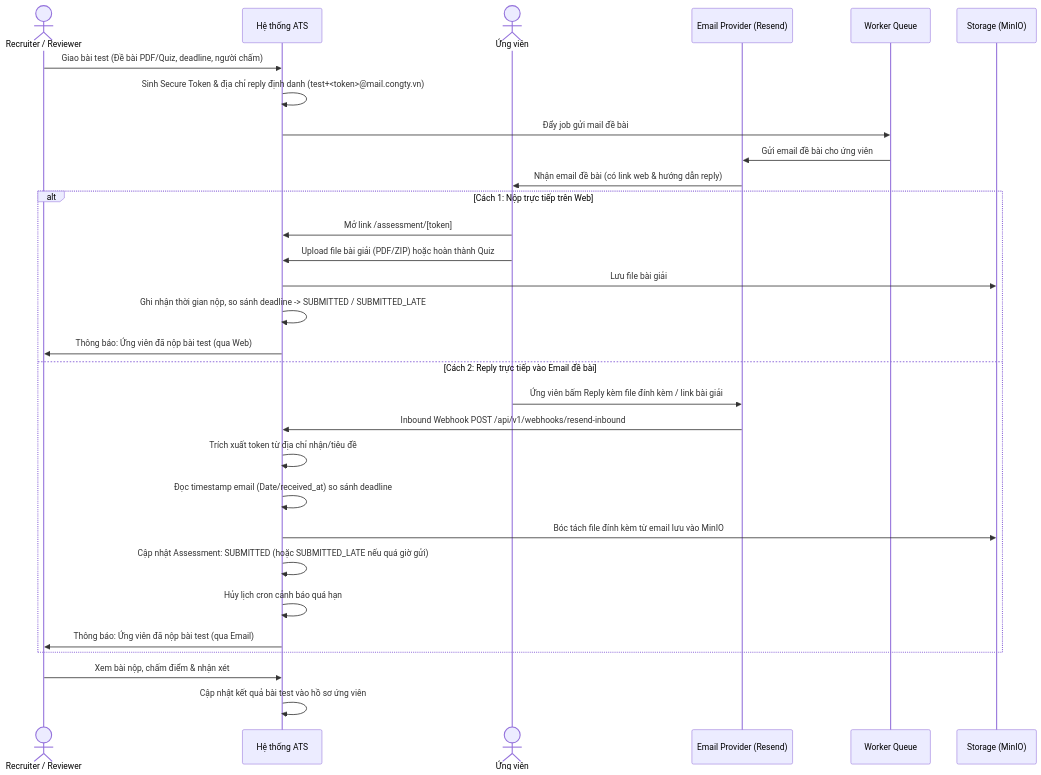
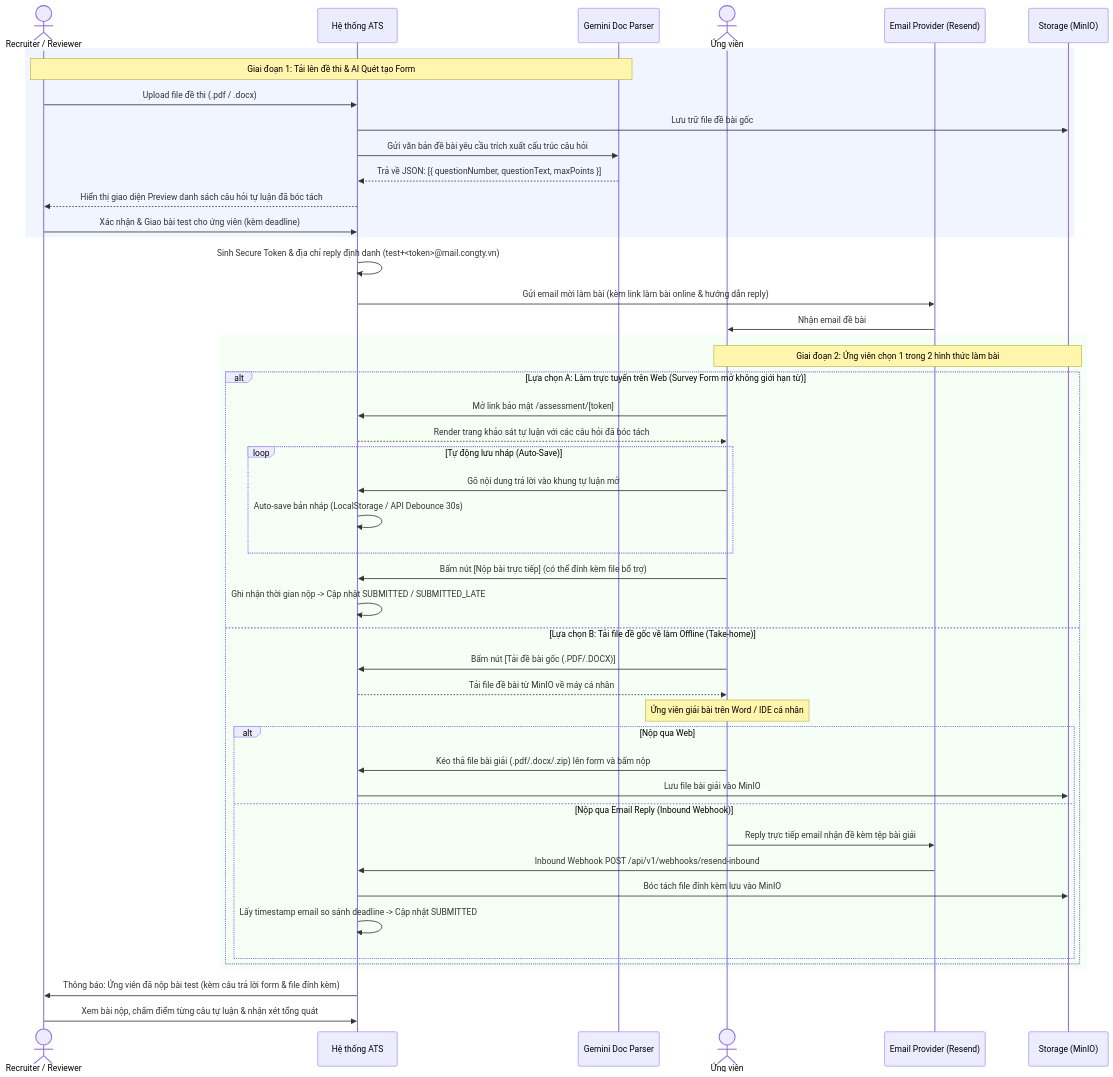
The fourth of 8 diagrams in docs/02-workflows.md (ThanhThien-1310/Recruitment-portal), drawn with Mermaid before and after one commit. The commit also changed other lines of this file and 5 other files, not shown here.

Commit message:
feat(assessments): add AI Doc-to-Form parser for PDF/Word and survey-style open-ended exam sheet

````diff
--- a/docs/02-workflows.md
+++ b/docs/02-workflows.md
@@ -109,35 +118,53 @@
 ```mermaid
 sequenceDiagram
     actor R as Recruiter / Reviewer
     participant S as Hệ thống ATS
+    participant AI as Gemini Doc Parser
     actor C as Ứng viên
     participant M as Email Provider (Resend)
-    participant Q as Worker Queue
     participant ST as Storage (MinIO)
 
-    R->>S: Giao bài test (Đề bài PDF/Quiz, deadline, người chấm)
-    S->>S: Sinh Secure Token & địa chỉ reply định danh (test+<token>@mail.congty.vn)
-    S->>Q: Đẩy job gửi mail đề bài
-    Q->>M: Gửi email đề bài cho ứng viên
-    M->>C: Nhận email đề bài (có link web & hướng dẫn reply)
-
-    alt Cách 1: Nộp trực tiếp trên Web
-        C->>S: Mở link /assessment/[token]
-        C->>S: Upload file bài giải (PDF/ZIP) hoặc hoàn thành Quiz
-        S->>ST: Lưu file bài giải
-        S->>S: Ghi nhận thời gian nộp, so sánh deadline -> SUBMITTED / SUBMITTED_LATE
-        S->>R: Thông báo: Ứng viên đã nộp bài test (qua Web)
-    else Cách 2: Reply trực tiếp vào Email đề bài
-        C->>M: Ứng viên bấm Reply kèm file đính kèm / link bài giải
-        M->>S: Inbound Webhook POST /api/v1/webhooks/resend-inbound
-        S->>S: Trích xuất token từ địa chỉ nhận/tiêu đề
-        S->>S: Đọc timestamp email (Date/received_at) so sánh deadline
-        S->>ST: Bóc tách file đính kèm từ email lưu vào MinIO
-        S->>S: Cập nhật Assessment: SUBMITTED (hoặc SUBMITTED_LATE nếu quá giờ gửi)
-        S->>S: Hủy lịch cron cảnh báo quá hạn
-        S->>R: Thông báo: Ứng viên đã nộp bài test (qua Email)
+    rect rgb(240, 245, 255)
+    Note over R,AI: Giai đoạn 1: Tải lên đề thi & AI Quét tạo Form
+    R->>S: Upload file đề thi (.pdf / .docx)
+    S->>ST: Lưu trữ file đề bài gốc
+    S->>AI: Gửi văn bản đề bài yêu cầu trích xuất cấu trúc câu hỏi
+    AI-->>S: Trả về JSON: [{ questionNumber, questionText, maxPoints }]
+    S-->>R: Hiển thị giao diện Preview danh sách câu hỏi tự luận đã bóc tách
+    R->>S: Xác nhận & Giao bài test cho ứng viên (kèm deadline)
     end
 
-    R->>S: Xem bài nộp, chấm điểm & nhận xét
-    S->>S: Cập nhật kết quả bài test vào hồ sơ ứng viên
+    S->>S: Sinh Secure Token & địa chỉ reply định danh (test+<token>@mail.congty.vn)
+    S->>M: Gửi email mời làm bài (kèm link làm bài online & hướng dẫn reply)
+    M->>C: Nhận email đề bài
+
+    rect rgb(245, 255, 245)
+    Note over C,ST: Giai đoạn 2: Ứng viên chọn 1 trong 2 hình thức làm bài
+    alt Lựa chọn A: Làm trực tuyến trên Web (Survey Form mở không giới hạn từ)
+        C->>S: Mở link bảo mật /assessment/[token]
+        S-->>C: Render trang khảo sát tự luận với các câu hỏi đã bóc tách
+        loop Tự động lưu nháp (Auto-Save)
+            C->>S: Gõ nội dung trả lời vào khung tự luận mở
+            S->>S: Auto-save bản nháp (LocalStorage / API Debounce 30s)
+        end
+        C->>S: Bấm nút [Nộp bài trực tiếp] (có thể đính kèm file bổ trợ)
+        S->>S: Ghi nhận thời gian nộp -> Cập nhật SUBMITTED / SUBMITTED_LATE
+    else Lựa chọn B: Tải file đề gốc về làm Offline (Take-home)
+        C->>S: Bấm nút [Tải đề bài gốc (.PDF/.DOCX)]
+        S-->>C: Tải file đề bài từ MinIO về máy cá nhân
+        Note over C: Ứng viên giải bài trên Word / IDE cá nhân
+        alt Nộp qua Web
+            C->>S: Kéo thả file bài giải (.pdf/.docx/.zip) lên form và bấm nộp
+            S->>ST: Lưu file bài giải vào MinIO
+        else Nộp qua Email Reply (Inbound Webhook)
+            C->>M: Reply trực tiếp email nhận đề kèm tệp bài giải
+            M->>S: Inbound Webhook POST /api/v1/webhooks/resend-inbound
+            S->>ST: Bóc tách file đính kèm lưu vào MinIO
+            S->>S: Lấy timestamp email so sánh deadline -> Cập nhật SUBMITTED
+        end
+    end
+    end
+
+    S->>R: Thông báo: Ứng viên đã nộp bài test (kèm câu trả lời form & file đính kèm)
+    R->>S: Xem bài nộp, chấm điểm từng câu tự luận & nhận xét tổng quát
 ```
````
